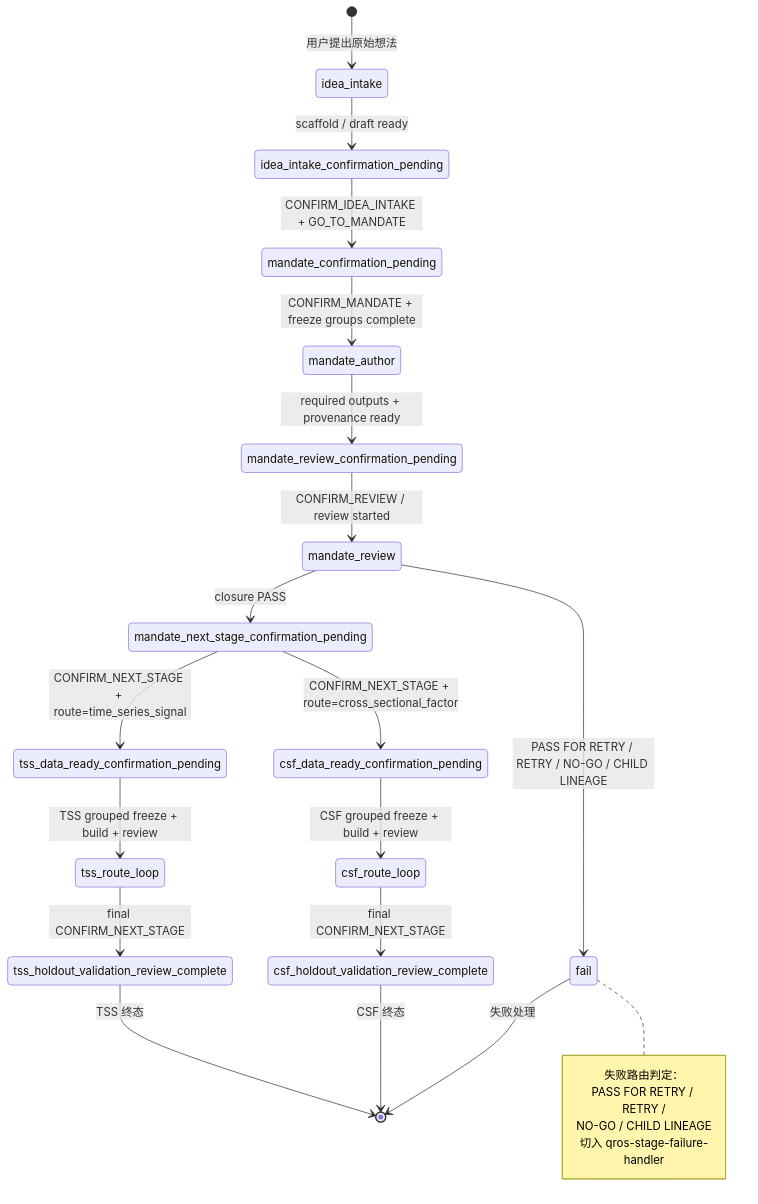
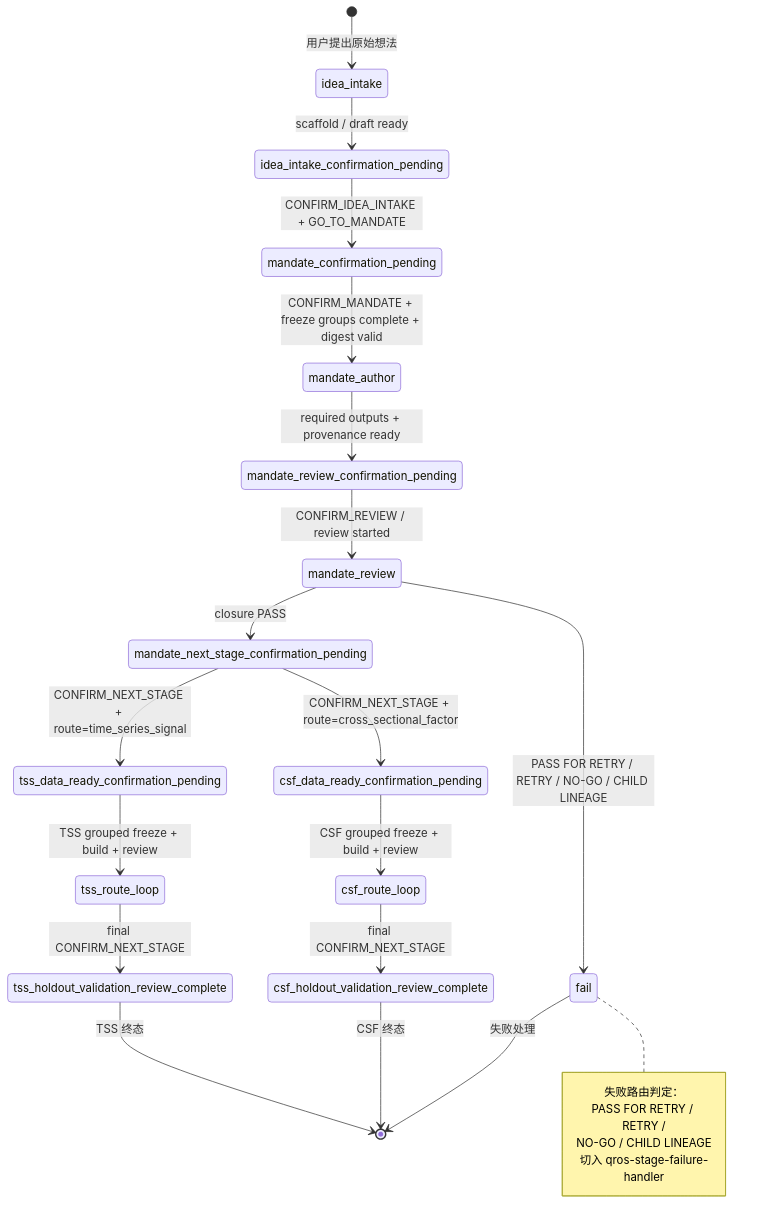
One commit to web3qt/quant-research-os changed the seventh of 10 diagrams in docs/guides/how-qros-works.md. Above: the diagram before and after it, drawn with Mermaid. The commit also changed other lines of this file and 69 other files, not shown here.

Commit message:
Enforce freeze draft digest gates

````diff
--- a/docs/guides/how-qros-works.md
+++ b/docs/guides/how-qros-works.md
@@ -244,34 +244,34 @@
 ```mermaid
 stateDiagram-v2
     [*] --> idea_intake: 用户提出原始想法
 
     idea_intake --> idea_intake_confirmation_pending: scaffold / draft ready
     idea_intake_confirmation_pending --> mandate_confirmation_pending: CONFIRM_IDEA_INTAKE + GO_TO_MANDATE
 
-    mandate_confirmation_pending --> mandate_author: CONFIRM_MANDATE + freeze groups complete
+    mandate_confirmation_pending --> mandate_author: CONFIRM_MANDATE + freeze groups complete + digest valid
     mandate_author --> mandate_review_confirmation_pending: required outputs + provenance ready
     mandate_review_confirmation_pending --> mandate_review: CONFIRM_REVIEW / review started
     mandate_review --> mandate_next_stage_confirmation_pending: closure PASS
     mandate_review --> fail: PASS FOR RETRY / RETRY / NO-GO / CHILD LINEAGE
 
     mandate_next_stage_confirmation_pending --> tss_data_ready_confirmation_pending: CONFIRM_NEXT_STAGE + route=time_series_signal
     mandate_next_stage_confirmation_pending --> csf_data_ready_confirmation_pending: CONFIRM_NEXT_STAGE + route=cross_sectional_factor
 
     tss_data_ready_confirmation_pending --> tss_route_loop: TSS grouped freeze + build + review
     tss_route_loop --> tss_holdout_validation_review_complete: final CONFIRM_NEXT_STAGE
 
     csf_data_ready_confirmation_pending --> csf_route_loop: CSF grouped freeze + build + review
     csf_route_loop --> csf_holdout_validation_review_complete: final CONFIRM_NEXT_STAGE
 
     tss_holdout_validation_review_complete --> [*]: TSS 终态
     csf_holdout_validation_review_complete --> [*]: CSF 终态
 
     fail --> [*]: 失败处理
 
     note right of fail
         失败路由判定：
         PASS FOR RETRY / RETRY /
         NO-GO / CHILD LINEAGE
         切入 qros-stage-failure-handler
     end note
 ```
````
